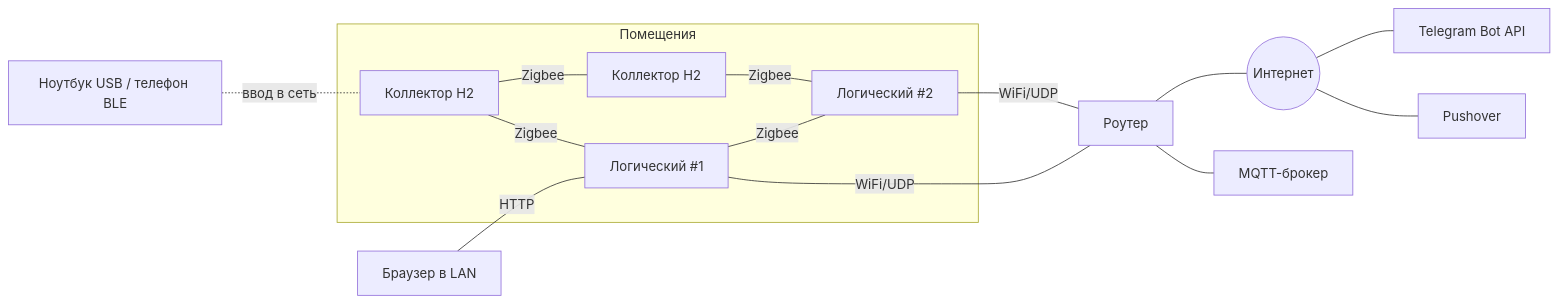
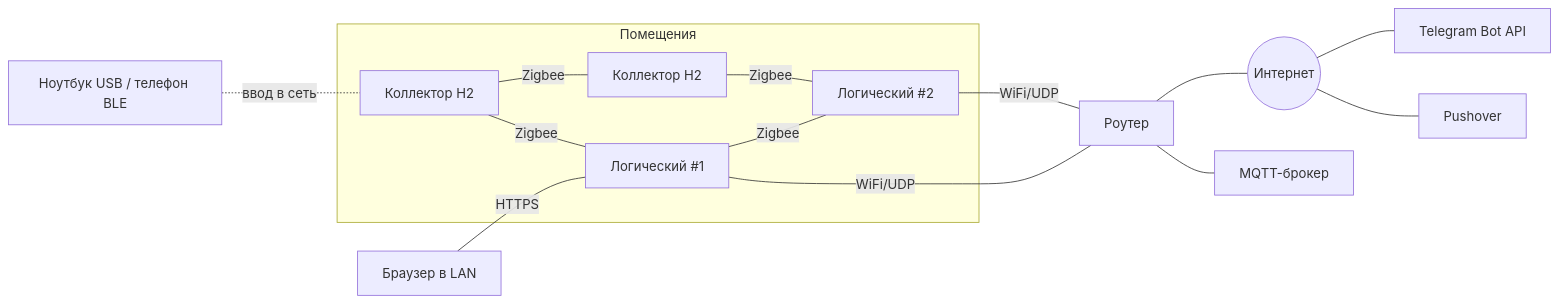
The second of 2 diagrams in _bmad-output/planning-artifacts/architecture/architecture-garageAlarms-2026-09-29/ARCHITECTURE-SPINE.md (wol-micro/garageAlarms2.0), drawn with Mermaid before and after one commit. The commit also changed other lines of this file and 18 other files, not shown here.

````diff
--- a/_bmad-output/planning-artifacts/architecture/architecture-garageAlarms-2026-09-29/ARCHITECTURE-SPINE.md
+++ b/_bmad-output/planning-artifacts/architecture/architecture-garageAlarms-2026-09-29/ARCHITECTURE-SPINE.md
@@ -261,17 +261,17 @@
 ```mermaid
 flowchart LR
   subgraph Site[Помещения]
     C1[Коллектор H2] -- Zigbee --- C2[Коллектор H2]
     C1 -- Zigbee --- L1[Логический #1]
     C2 -- Zigbee --- L2[Логический #2]
     L1 -- Zigbee --- L2
   end
   L1 -- WiFi/UDP --- R[Роутер]
   L2 -- WiFi/UDP --- R
   R --- I((Интернет))
   I --- TG[Telegram Bot API]
   I --- PO[Pushover]
   R --- MQ[MQTT-брокер]
-  Admin[Браузер в LAN] -- HTTP --- L1
+  Admin[Браузер в LAN] -- HTTPS --- L1
   Laptop[Ноутбук USB / телефон BLE] -. ввод в сеть .- C1
 ```
````
